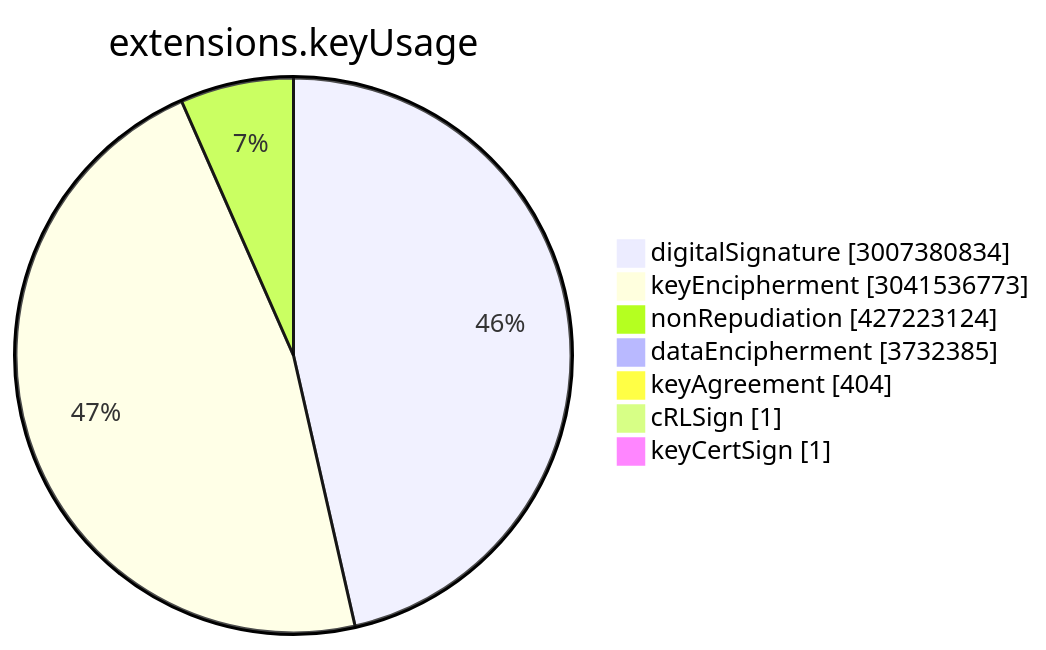
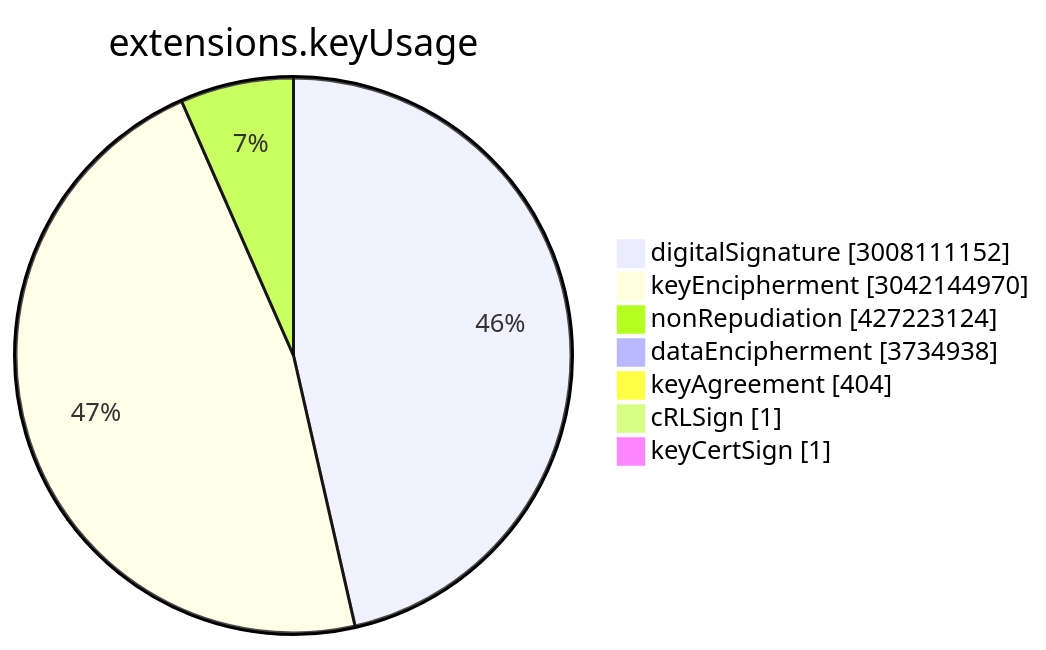
The sixth of 15 diagrams in TOTAL/README.md (christiankrug/ctmonitor_visualization), drawn with Mermaid before and after one commit. The commit also changed other lines of this file, not shown here.

````diff
--- a/TOTAL/README.md
+++ b/TOTAL/README.md
@@ -3076,11 +3076,11 @@
 ```mermaid
 pie showData
 title extensions.keyUsage
-"digitalSignature" :3007380834
-"keyEncipherment" :3041536773
+"digitalSignature" :3008111152
+"keyEncipherment" :3042144970
 "nonRepudiation" :427223124
-"dataEncipherment" :3732385
+"dataEncipherment" :3734938
 "keyAgreement" :404
 "cRLSign" :1
 "keyCertSign" :1
 ```
````
